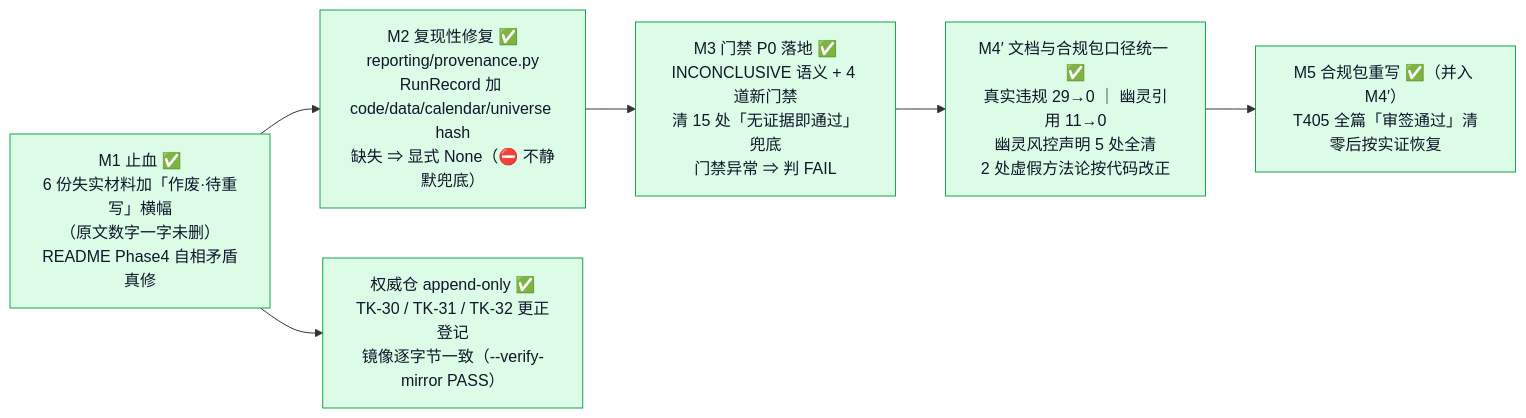
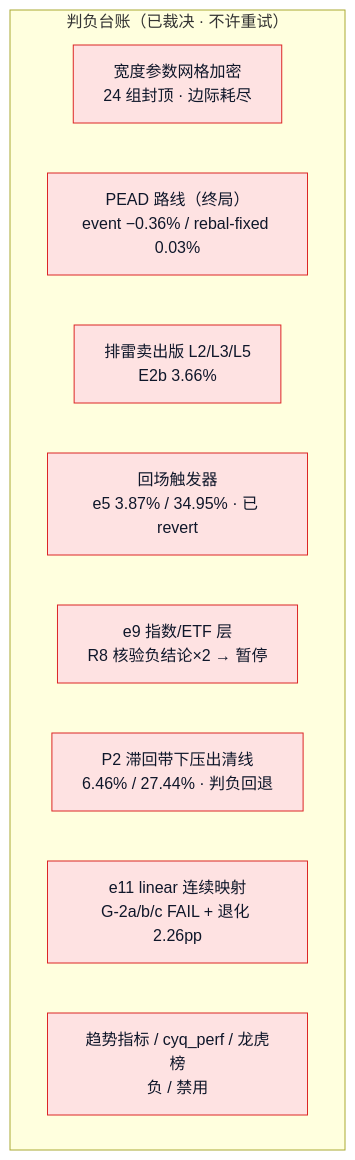
One commit to YZml1507/FinAI2.0 changed the third of 8 diagrams in docs/project_status_flowchart.md. Above: the diagram before and after it, drawn with Mermaid. The commit also changed other lines of this file and 2 other files, not shown here.

First line of the commit message:
docs(flowchart)+test: Alpha时代重构project_status_flowchart(.md+.html镜像)——基建/谱系基线矩阵/判负史归因/数据去偏/C3/门禁/测试基线/队列/缺口/治理时代压缩归档十节;指标走表头关键词+数据行裸数字+权威产物锚定行,零gate-doc-ignore即过G-DOC-1/G-REF-1;allowed_counts该文件区间(1,1)→(0,None)同步守卫;pytest 1092绿

````diff
--- a/docs/project_status_flowchart.md
+++ b/docs/project_status_flowchart.md
@@ -64,14 +80,22 @@
 ```mermaid
-flowchart LR
-  M1["M1 止血 ✅<br/>6 份失实材料加「作废·待重写」横幅<br/>（原文数字一字未删）<br/>README Phase4 自相矛盾真修"] --> M2["M2 复现性修复 ✅<br/>reporting/provenance.py<br/>RunRecord 加 code/data/calendar/universe hash<br/>缺失 ⇒ 显式 None（⛔ 不静默兜底）"]
-  M2 --> M3["M3 门禁 P0 落地 ✅<br/>INCONCLUSIVE 语义 + 4 道新门禁<br/>清 15 处「无证据即通过」兜底<br/>门禁异常 ⇒ 判 FAIL"]
-  M3 --> M4["M4′ 文档与合规包口径统一 ✅<br/>真实违规 29→0 ｜ 幽灵引用 11→0<br/>幽灵风控声明 5 处全清<br/>2 处虚假方法论按代码改正"]
-  M4 --> M5["M5 合规包重写 ✅（并入 M4′）<br/>T405 全篇「审签通过」清零后按实证恢复"]
-  M1 --> TK["权威仓 append-only ✅<br/>TK-30 / TK-31 / TK-32 更正登记<br/>镜像逐字节一致（--verify-mirror PASS）"]
-  style M1 fill:#dcfce7,stroke:#16a34a,color:#0f172a
-  style M2 fill:#dcfce7,stroke:#16a34a,color:#0f172a
-  style M3 fill:#dcfce7,stroke:#16a34a,color:#0f172a
-  style M4 fill:#dcfce7,stroke:#16a34a,color:#0f172a
-  style M5 fill:#dcfce7,stroke:#16a34a,color:#0f172a
-  style TK fill:#dcfce7,stroke:#16a34a,color:#0f172a
+flowchart TD
+  subgraph HIST["判负台账（已裁决 · 不许重试）"]
+    direction LR
+    R1["宽度参数网格加密<br/>24 组封顶 · 边际耗尽"]
+    R2["PEAD 路线（终局）<br/>event −0.36% / rebal-fixed 0.03%"]
+    R3["排雷卖出版 L2/L3/L5<br/>E2b 3.66%"]
+    R4["回场触发器<br/>e5 3.87% / 34.95% · 已 revert"]
+    R5["e9 指数/ETF 层<br/>R8 核验负结论×2 → 暂停"]
+    R6["P2 滞回带下压出清线<br/>6.46% / 27.44% · 判负回退"]
+    R7["e11 linear 连续映射<br/>G-2a/b/c FAIL + 退化 2.26pp"]
+    R8["趋势指标 / cyq_perf / 龙虎榜<br/>负 / 禁用"]
+  end
+  style R1 fill:#fee2e2,stroke:#dc2626,color:#0f172a
+  style R2 fill:#fee2e2,stroke:#dc2626,color:#0f172a
+  style R3 fill:#fee2e2,stroke:#dc2626,color:#0f172a
+  style R4 fill:#fee2e2,stroke:#dc2626,color:#0f172a
+  style R5 fill:#fee2e2,stroke:#dc2626,color:#0f172a
+  style R6 fill:#fee2e2,stroke:#dc2626,color:#0f172a
+  style R7 fill:#fee2e2,stroke:#dc2626,color:#0f172a
+  style R8 fill:#fee2e2,stroke:#dc2626,color:#0f172a
 ```
````
